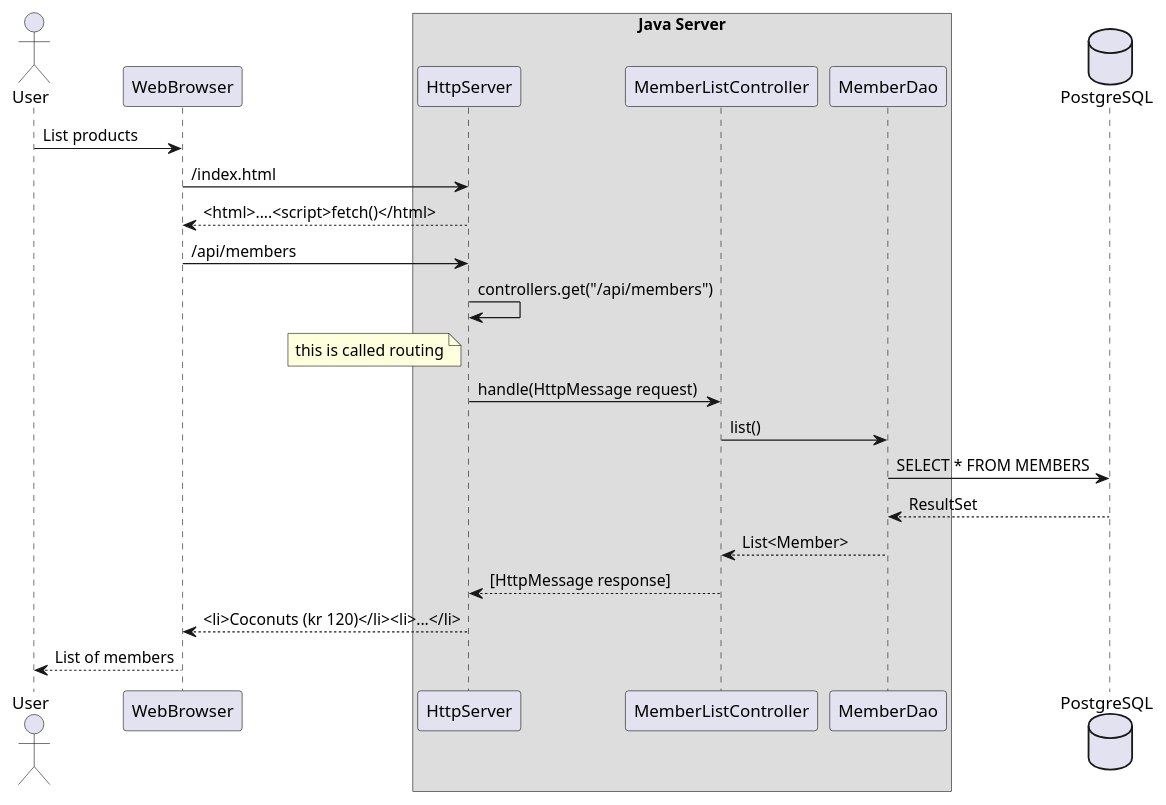
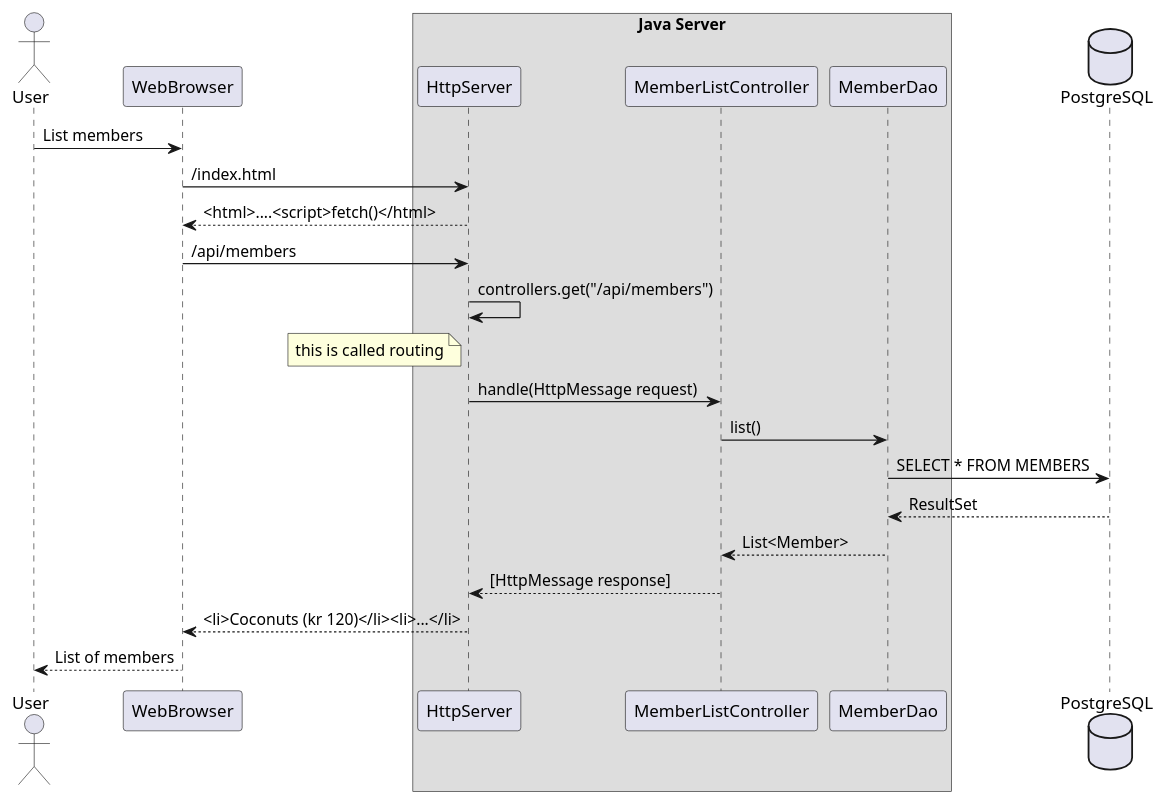
One commit to espenbakken/http-server123 changed the diagram in docs/server_structure.puml. Above: the diagram before and after it, drawn with PlantUML. The commit also changed 25 other files, not shown here.

Commit message:
Refactor: product/products -> member/members           category/categories -> task/tasks

```diff
--- a/docs/server_structure.puml
+++ b/docs/server_structure.puml
@@ -1,28 +1,28 @@
 @startuml
 
 actor User
 participant WebBrowser
 
 box Java Server
     participant HttpServer
     participant MemberListController
     participant MemberDao
 end box
 
 database PostgreSQL
 
-User -> WebBrowser: List products
+User -> WebBrowser: List members
 WebBrowser -> HttpServer: /index.html
 WebBrowser <-- HttpServer: <html>....<script>fetch()</html>
 WebBrowser -> HttpServer: /api/members
 HttpServer -> HttpServer: controllers.get("/api/members")
 note left of HttpServer: this is called routing
 HttpServer -> MemberListController: handle(HttpMessage request)
 MemberListController -> MemberDao: list()
 MemberDao -> PostgreSQL: SELECT * FROM MEMBERS
 MemberDao <-- PostgreSQL: ResultSet
 MemberListController <-- MemberDao: List<Member>
 HttpServer <-- MemberListController: [HttpMessage response]
 WebBrowser <-- HttpServer: <li>Coconuts (kr 120)</li><li>...</li>
 User <-- WebBrowser: List of members
 @enduml
```
